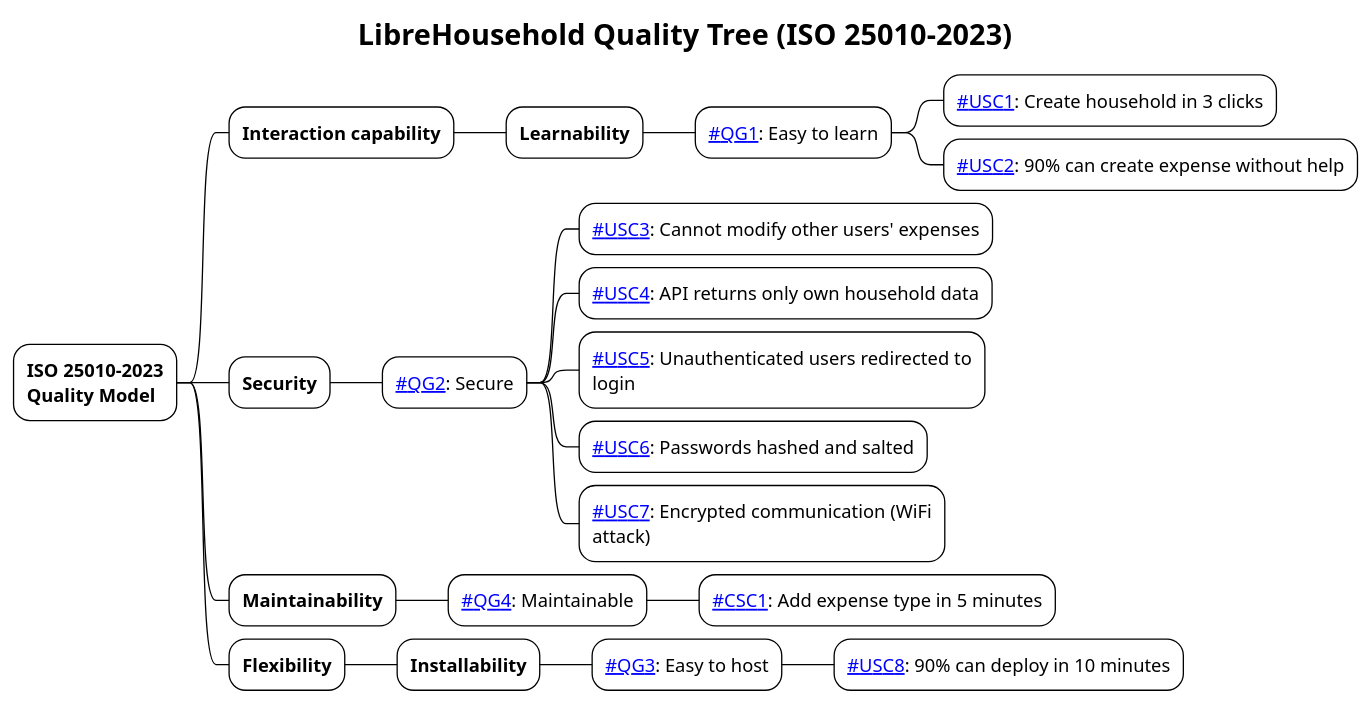
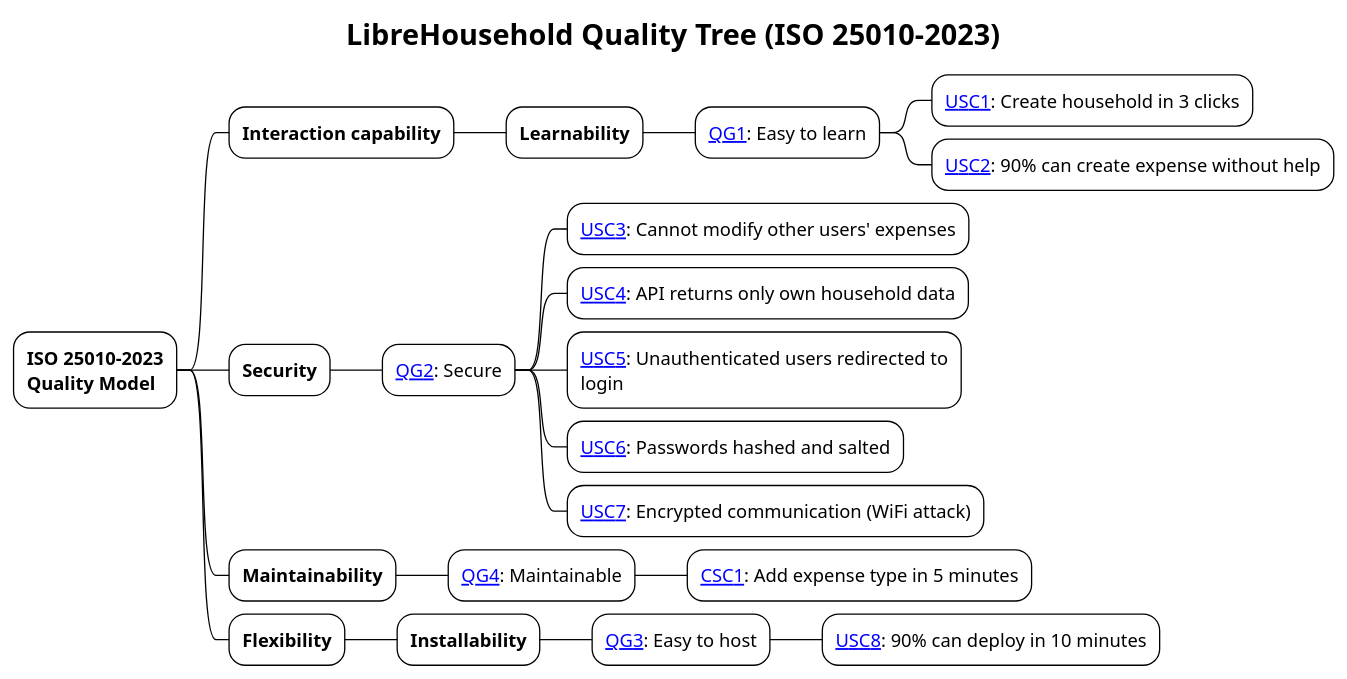
Before and after one commit to Nicklas2751/LibreHousehold: the diagram in docs/architecture/modules/arc42/partials/quality_tree.puml, drawn with PlantUML.

Commit message:
docs: show plain IDs instead of link targets in the quality tree

```diff
--- a/docs/architecture/modules/arc42/partials/quality_tree.puml
+++ b/docs/architecture/modules/arc42/partials/quality_tree.puml
@@ -1,26 +1,26 @@
 @startmindmap
 !theme plain
 title LibreHousehold Quality Tree (ISO 25010-2023)
 
 * **ISO 25010-2023**\n**Quality Model**
 ** **Interaction capability**
 *** **Learnability**
-**** [[#QG1]]: Easy to learn
-***** [[#USC1]]: Create household in 3 clicks
-***** [[#USC2]]: 90% can create expense without help
+**** [[#QG1 QG1]]: Easy to learn
+***** [[#USC1 USC1]]: Create household in 3 clicks
+***** [[#USC2 USC2]]: 90% can create expense without help
 ** **Security**
-*** [[#QG2]]: Secure
-**** [[#USC3]]: Cannot modify other users' expenses
-**** [[#USC4]]: API returns only own household data
-**** [[#USC5]]: Unauthenticated users redirected to login
-**** [[#USC6]]: Passwords hashed and salted
-**** [[#USC7]]: Encrypted communication (WiFi attack)
+*** [[#QG2 QG2]]: Secure
+**** [[#USC3 USC3]]: Cannot modify other users' expenses
+**** [[#USC4 USC4]]: API returns only own household data
+**** [[#USC5 USC5]]: Unauthenticated users redirected to login
+**** [[#USC6 USC6]]: Passwords hashed and salted
+**** [[#USC7 USC7]]: Encrypted communication (WiFi attack)
 ** **Maintainability**
-*** [[#QG4]]: Maintainable
-**** [[#CSC1]]: Add expense type in 5 minutes
+*** [[#QG4 QG4]]: Maintainable
+**** [[#CSC1 CSC1]]: Add expense type in 5 minutes
 ** **Flexibility**
 *** **Installability**
-**** [[#QG3]]: Easy to host
-***** [[#USC8]]: 90% can deploy in 10 minutes
+**** [[#QG3 QG3]]: Easy to host
+***** [[#USC8 USC8]]: 90% can deploy in 10 minutes
 
 @endmindmap
```
